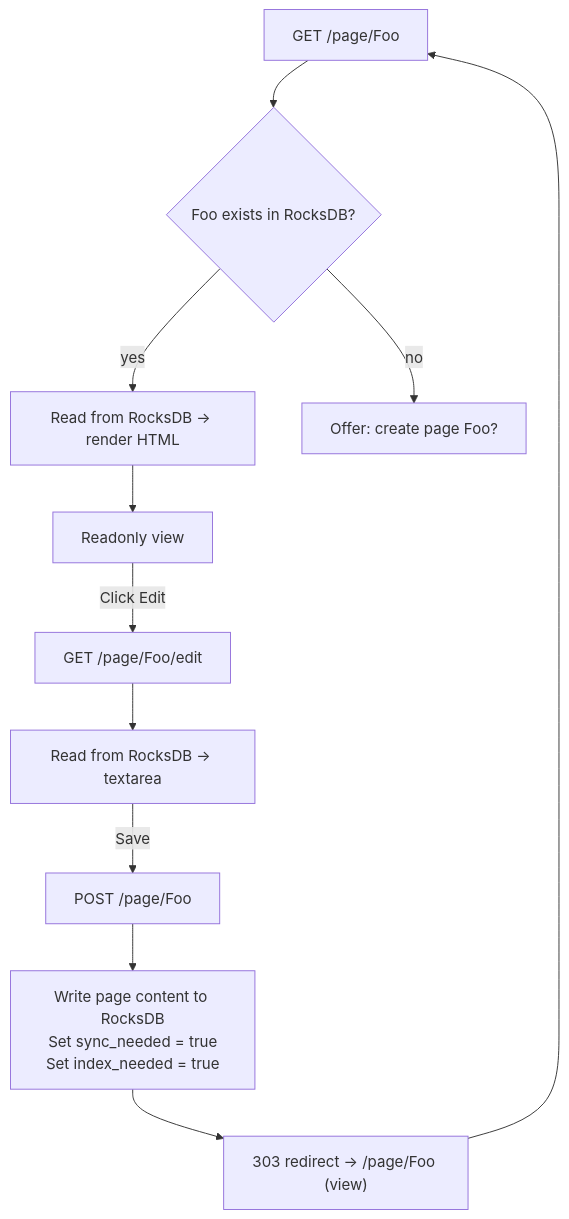
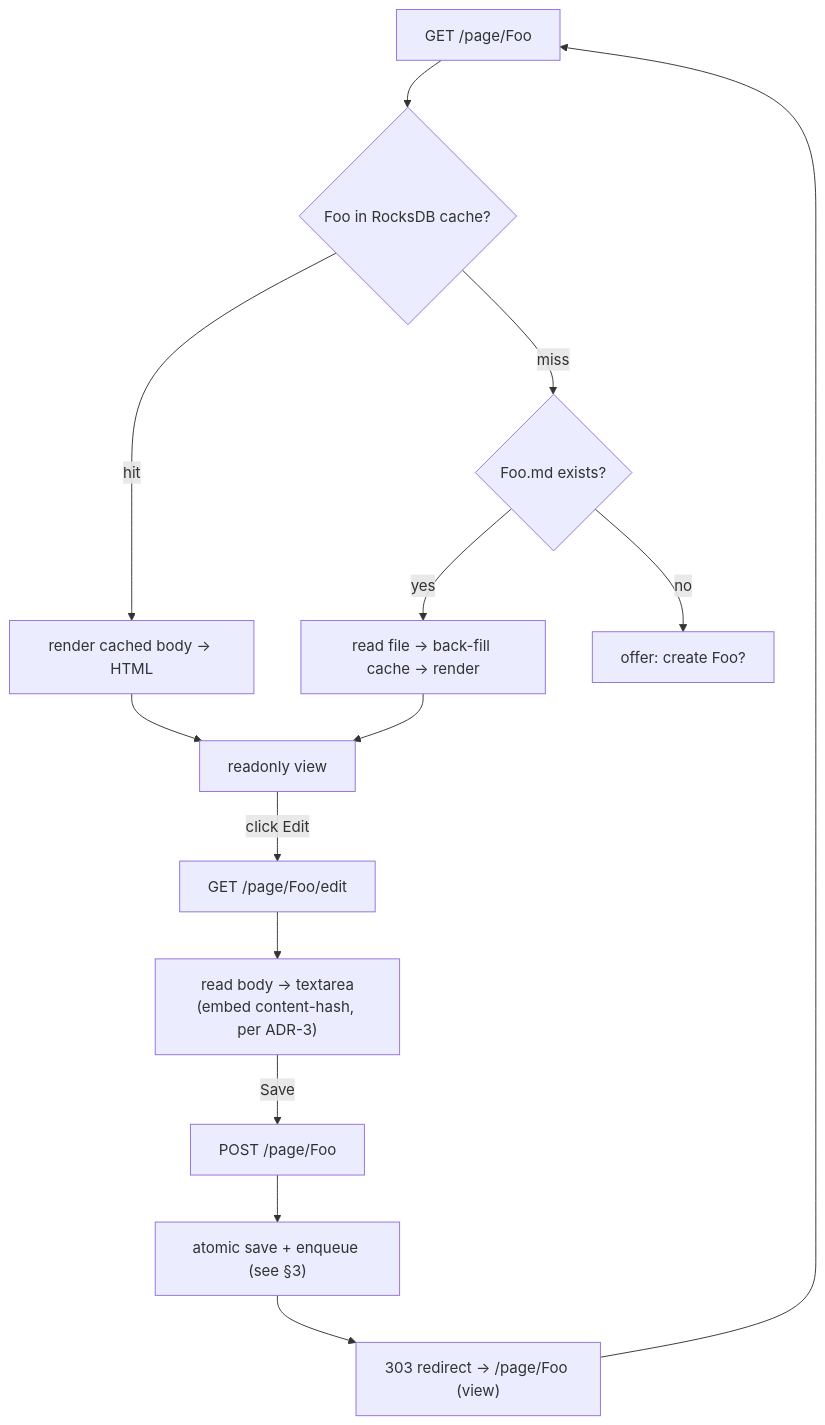
Before and after one commit to azusachino/sedum: the second of 5 diagrams in docs/dataflow_v2.md, drawn with Mermaid. The commit also changed other lines of this file and 1 other file, not shown here.

````diff
--- a/docs/dataflow_v2.md
+++ b/docs/dataflow_v2.md
@@ -45,13 +77,15 @@
 ```mermaid
 flowchart TD
-    V["GET /page/Foo"] --> X{"Foo exists in RocksDB?"}
-    X -- yes --> R["Read from RocksDB → render HTML"] --> RO["Readonly view"]
-    X -- no --> NEW["Offer: create page Foo?"]
+  V["GET /page/Foo"] --> X{"Foo in RocksDB cache?"}
+  X -- hit --> R["render cached body → HTML"] --> RO["readonly view"]
+  X -- miss --> F{"Foo.md exists?"}
+  F -- yes --> RB["read file → back-fill cache → render"] --> RO
+  F -- no --> NEW["offer: create Foo?"]
 
-    RO -->|"Click Edit"| E["GET /page/Foo/edit"]
-    E --> T["Read from RocksDB → textarea"]
-    T -->|"Save"| P["POST /page/Foo"]
-    P --> S["Write page content to RocksDB\nSet sync_needed = true\nSet index_needed = true"]
-    S --> RD["303 redirect → /page/Foo (view)"]
-    RD --> V
+  RO -->|"click Edit"| E["GET /page/Foo/edit"]
+  E --> T["read body → textarea<br/>(embed content-hash, per ADR-3)"]
+  T -->|"Save"| P["POST /page/Foo"]
+  P --> S["atomic save + enqueue (see §3)"]
+  S --> RD["303 redirect → /page/Foo (view)"]
+  RD --> V
 ```
````
